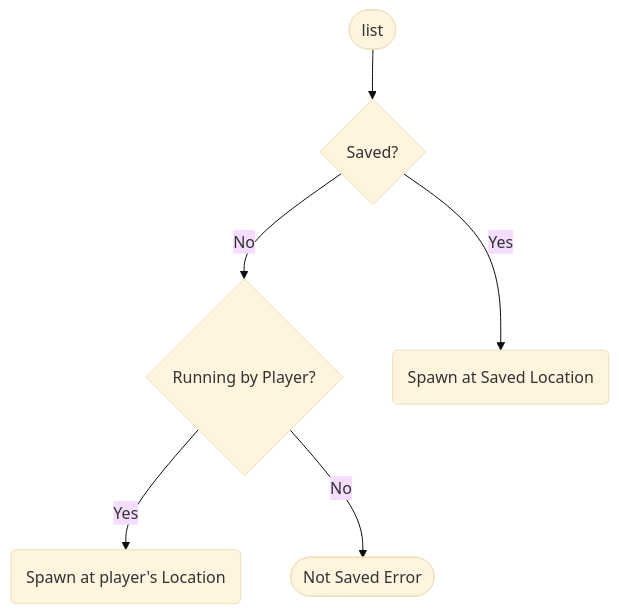
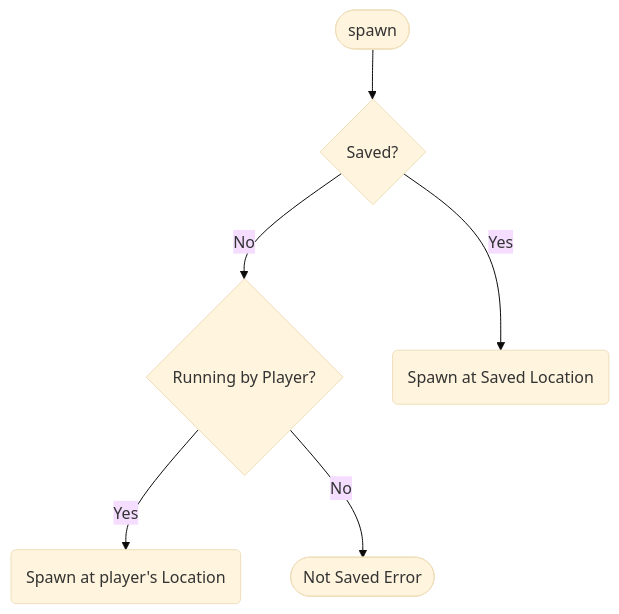
Before and after one commit to AnzhiZhang/MCDReforgedPlugins: the second of 4 diagrams in src/bot/readme.md, drawn with Mermaid (base theme). The commit also changed other lines of this file and 5 other files, not shown here.

````diff
--- a/src/bot/readme.md
+++ b/src/bot/readme.md
@@ -62,12 +66,12 @@
 ```mermaid
 flowchart TD
-    start([list])
+    start([spawn])
     is_saved{Saved?}
     is_player{Running by Player?}
 
     start --> is_saved
     is_saved -->|Yes| spawn1(Spawn at Saved Location)
     is_saved -->|No| is_player
     is_player -->|Yes| spawn2(Spawn at player's Location)
     is_player -->|No| error1([Not Saved Error])
 ```
````
